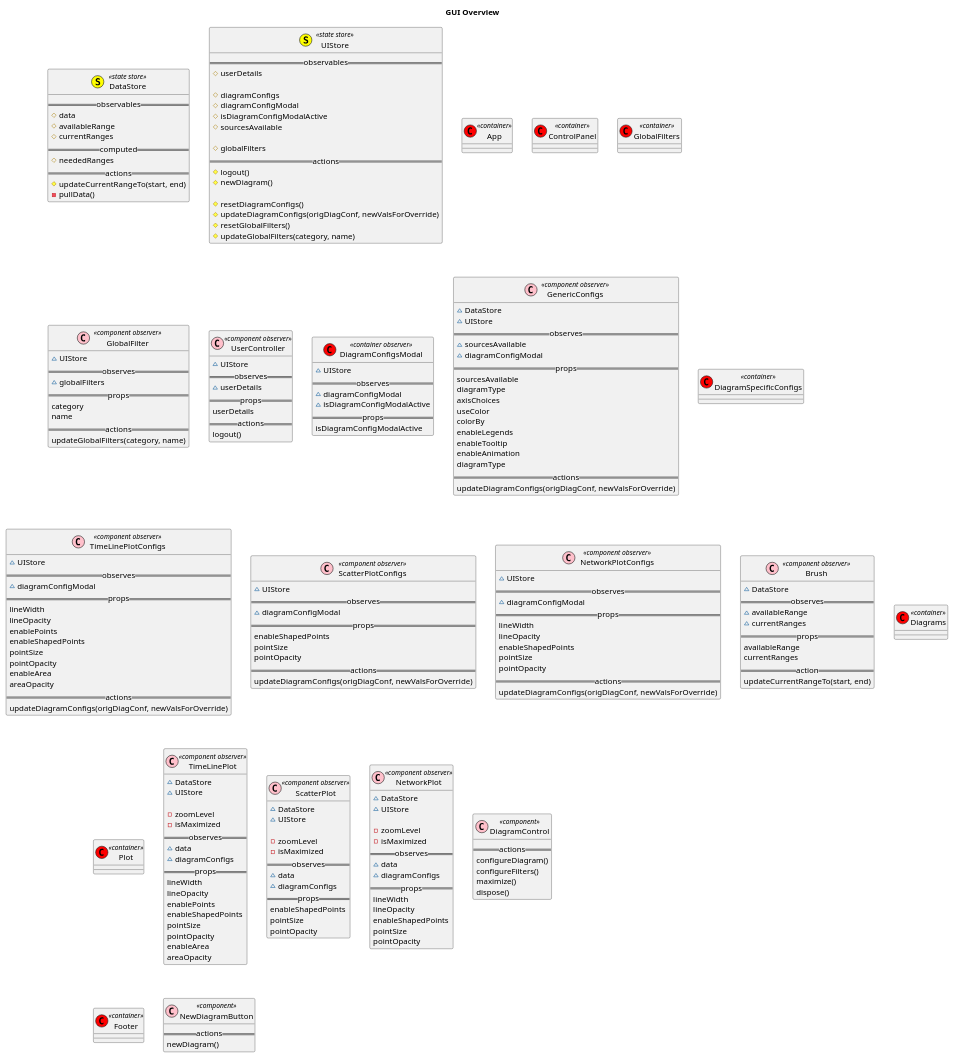
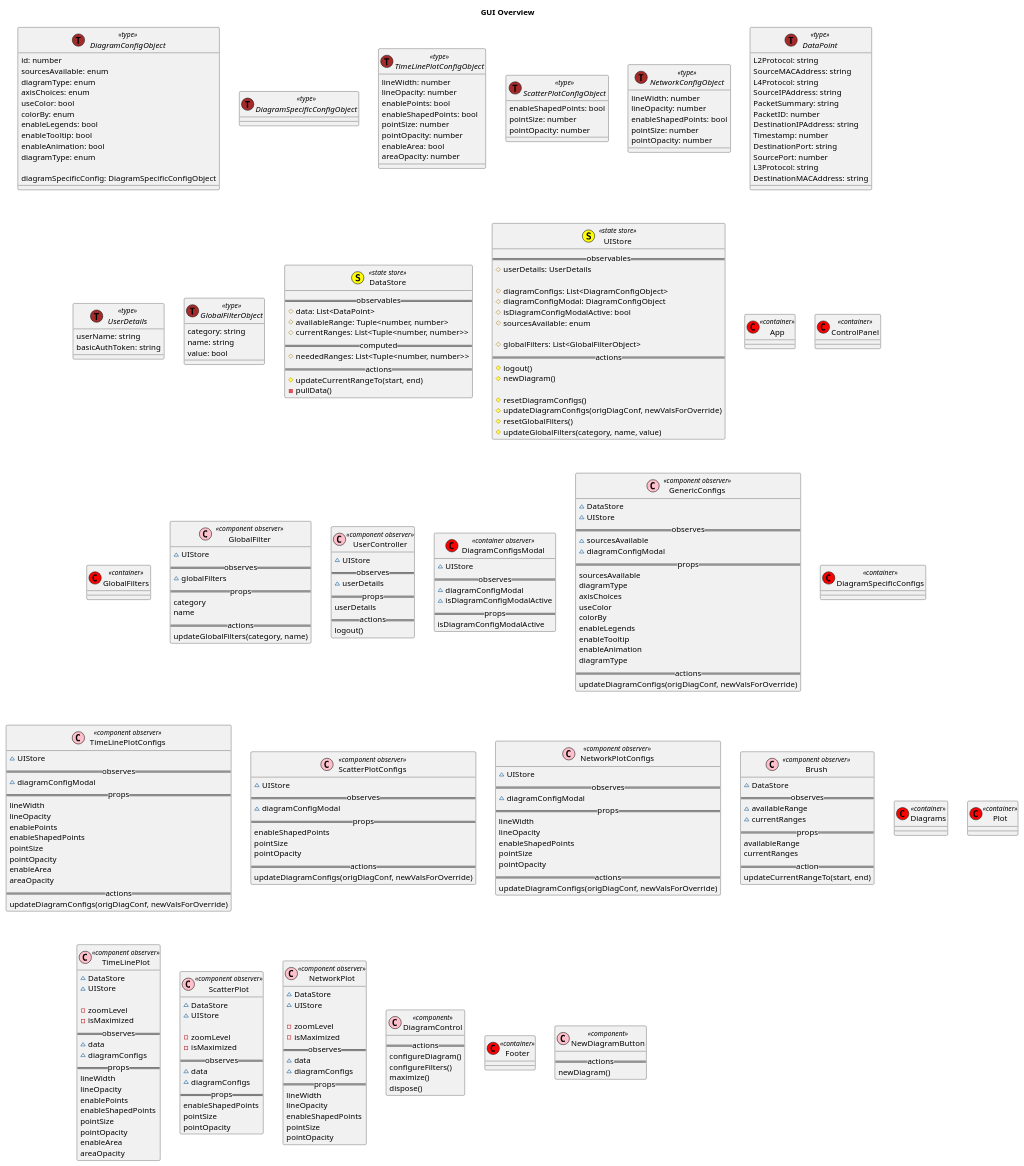
Before and after one commit to hexrcs/frontend-demo: the diagram in docs/diagrams/src/overview.wsd, drawn with PlantUML.

Commit message:
Type all stuff in stores

```diff
--- a/docs/diagrams/src/overview.wsd
+++ b/docs/diagrams/src/overview.wsd
@@ -1,13 +1,82 @@
 @startuml
 title GUI Overview
 
+interface DiagramConfigObject << (T,brown) type >> {
+  id: number
+  sourcesAvailable: enum
+  diagramType: enum
+  axisChoices: enum
+  useColor: bool
+  colorBy: enum
+  enableLegends: bool
+  enableTooltip: bool
+  enableAnimation: bool
+  diagramType: enum
+
+  diagramSpecificConfig: DiagramSpecificConfigObject
+}
+
+interface DiagramSpecificConfigObject << (T,brown) type >> {
+}
+
+interface TimeLinePlotConfigObject << (T,brown) type >> {
+  lineWidth: number
+  lineOpacity: number
+  enablePoints: bool
+  enableShapedPoints: bool
+  pointSize: number
+  pointOpacity: number
+  enableArea: bool
+  areaOpacity: number
+}
+
+interface ScatterPlotConfigObject << (T,brown) type >> {
+  enableShapedPoints: bool
+  pointSize: number
+  pointOpacity: number
+}
+
+interface NetworkConfigObject << (T,brown) type >> {
+  lineWidth: number
+  lineOpacity: number
+  enableShapedPoints: bool
+  pointSize: number
+  pointOpacity: number
+}
+
+interface DataPoint << (T,brown) type >> {
+  L2Protocol: string
+  SourceMACAddress: string
+  L4Protocol: string
+  SourceIPAddress: string
+  PacketSummary: string
+  PacketID: number
+  DestinationIPAddress: string
+  Timestamp: number
+  DestinationPort: string
+  SourcePort: number
+  L3Protocol: string
+  DestinationMACAddress: string
+}
+
+interface UserDetails << (T,brown) type >> {
+  userName: string
+  basicAuthToken: string
+}
+
+interface GlobalFilterObject << (T,brown) type >> {
+  category: string
+  name: string
+  value: bool
+}
+
 class DataStore << (S,Yellow) state store >> {
   ==observables==
-  # data
-  # availableRange
-  # currentRanges
+  # data: List<DataPoint>
+  # availableRange: Tuple<number, number>
+  # currentRanges: List<Tuple<number, number>>
   ==computed==
-  # neededRanges
+  # neededRanges: List<Tuple<number, number>>
   ==actions==
   # updateCurrentRangeTo(start, end)
   - pullData()
@@ -15,14 +84,14 @@
 
 class UIStore << (S,Yellow) state store >> {
   ==observables==
-  # userDetails
+  # userDetails: UserDetails
 
-  # diagramConfigs
-  # diagramConfigModal
-  # isDiagramConfigModalActive
-  # sourcesAvailable
+  # diagramConfigs: List<DiagramConfigObject>
+  # diagramConfigModal: DiagramConfigObject
+  # isDiagramConfigModalActive: bool
+  # sourcesAvailable: enum
 
-  # globalFilters
+  # globalFilters: List<GlobalFilterObject>
   ==actions==
   # logout()
   # newDiagram()
@@ -30,7 +99,7 @@
   # resetDiagramConfigs()
   # updateDiagramConfigs(origDiagConf, newValsForOverride)
   # resetGlobalFilters()
-  # updateGlobalFilters(category, name)
+  # updateGlobalFilters(category, name, value)
 }
 
 class App << (C,red) container >> {
```
